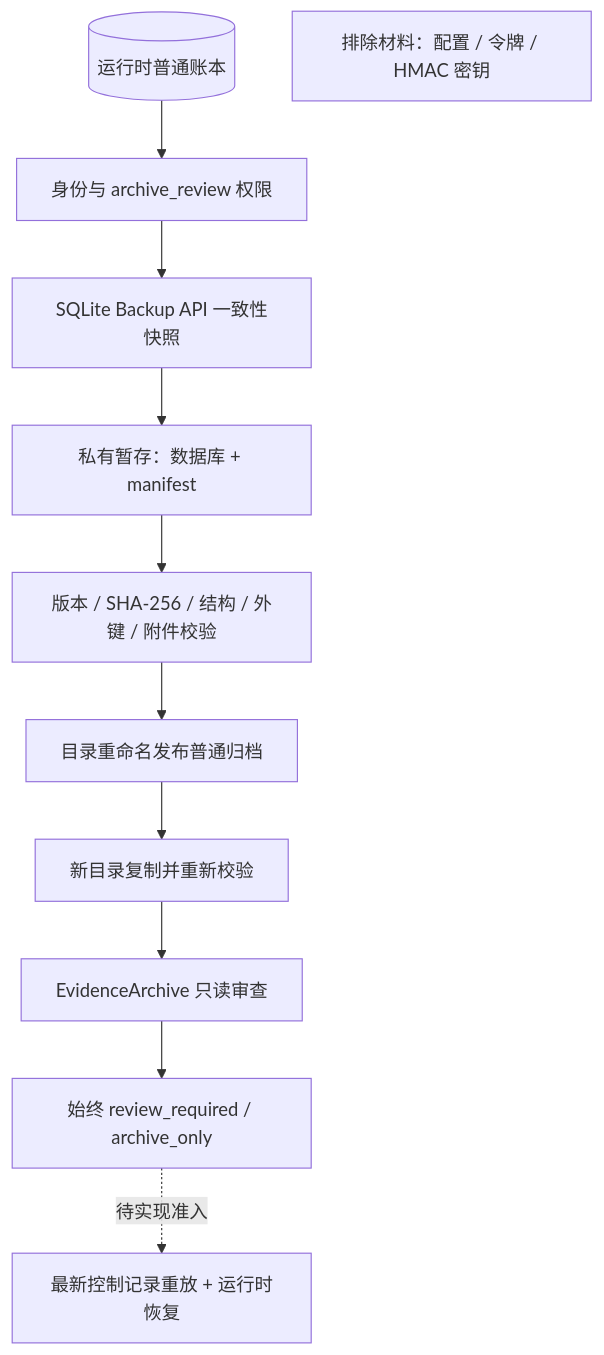
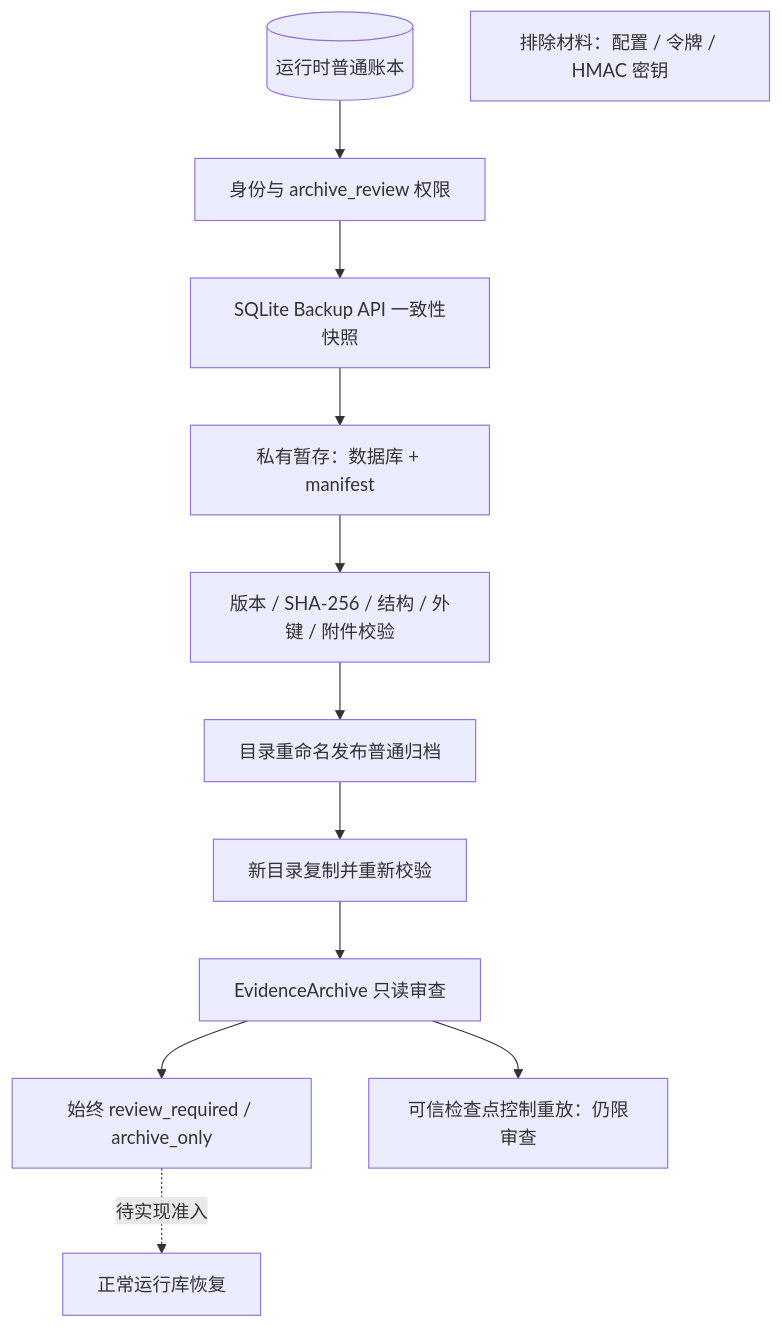
One commit to destinyTaoTao/evernook changed the fifth of 5 diagrams in docs/current-architecture.md. Above: the diagram before and after it, drawn with Mermaid. The commit also changed other lines of this file and 9 other files, not shown here.

Commit message:
feat(archive): replay trusted controls into review-only snapshots (#65)

````diff
--- a/docs/current-architecture.md
+++ b/docs/current-architecture.md
@@ -147,13 +147,14 @@
 ```mermaid
 flowchart TD
     Live[(运行时普通账本)] --> Grant[身份与 archive_review 权限]
     Grant --> Snapshot[SQLite Backup API 一致性快照]
     Snapshot --> Stage[私有暂存：数据库 + manifest]
     Stage --> Verify[版本 / SHA-256 / 结构 / 外键 / 附件校验]
     Verify --> Publish[目录重命名发布普通归档]
     Publish --> Copy[新目录复制并重新校验]
     Copy --> Review[EvidenceArchive 只读审查]
     Review --> Gate[始终 review_required / archive_only]
-    Gate -. 待实现准入 .-> Future[最新控制记录重放 + 运行时恢复]
+    Review --> Replay[可信检查点控制重放：仍限审查]
+    Gate -. 待实现准入 .-> Future[正常运行库恢复]
     Secrets[排除材料：配置 / 令牌 / HMAC 密钥]
 ```
````
